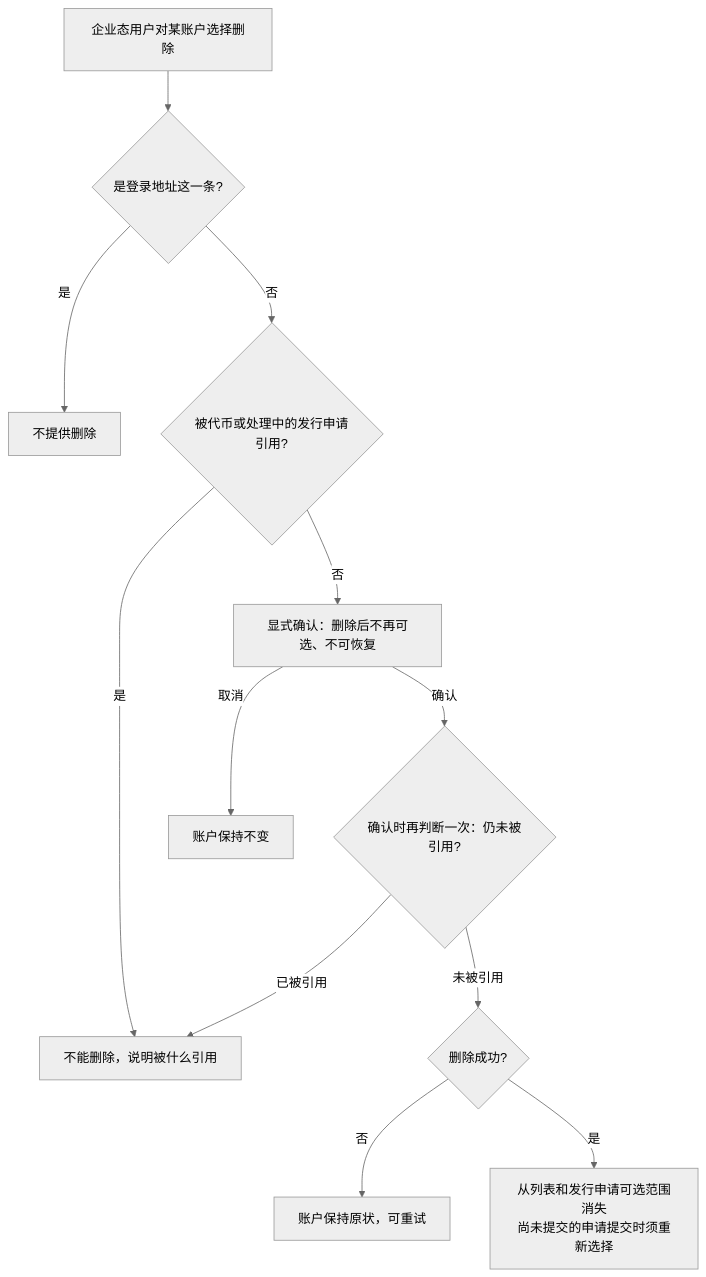
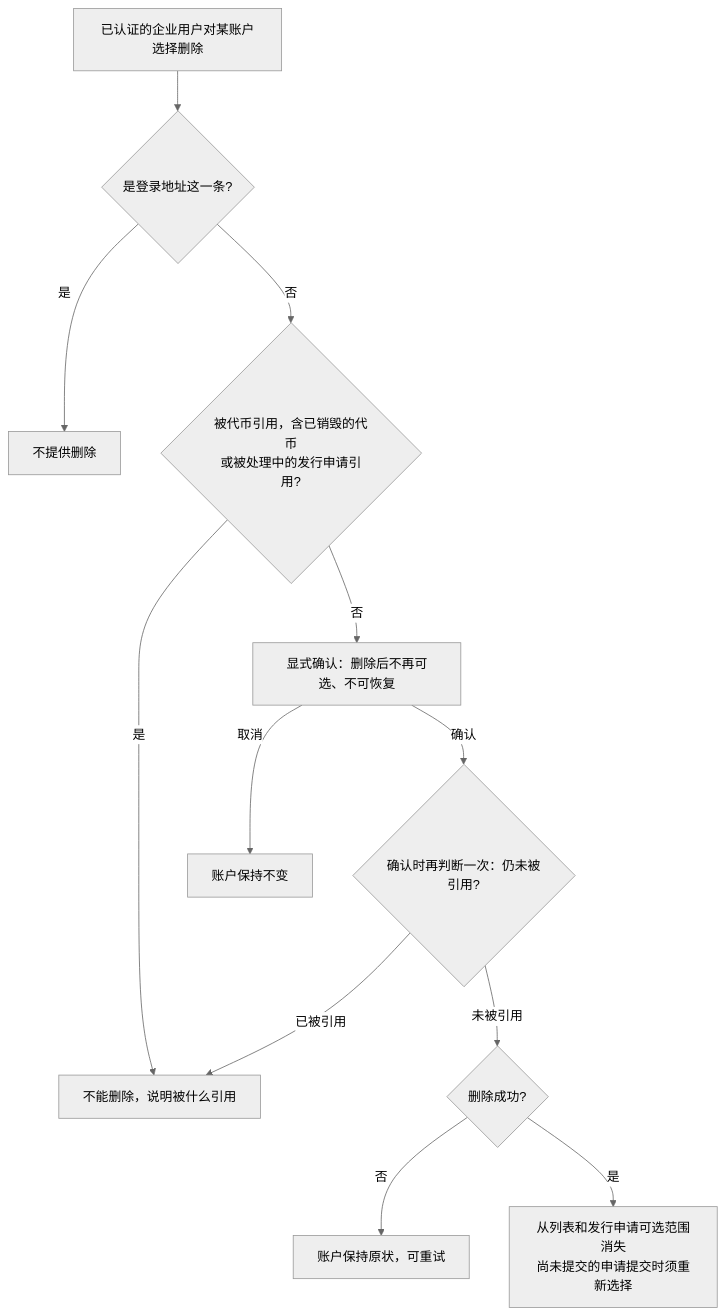
The fourth of 8 diagrams in token-issuance-platform/PRD/v1.0-企业登录与企业账户-流程图与状态机.md (wxblockchain/Chain-Financing), drawn with Mermaid (neutral theme) before and after one commit. The commit also changed other lines of this file and 2 other files, not shown here.

````diff
--- a/token-issuance-platform/PRD/v1.0-企业登录与企业账户-流程图与状态机.md
+++ b/token-issuance-platform/PRD/v1.0-企业登录与企业账户-流程图与状态机.md
@@ -91,14 +94,14 @@
 ```mermaid
 flowchart TD
-    A[企业态用户对某账户选择删除] --> B{是登录地址这一条?}
+    A[已认证的企业用户对某账户选择删除] --> B{是登录地址这一条?}
     B -->|是| B1[不提供删除]
-    B -->|否| C{被代币或处理中的发行申请引用?}
+    B -->|否| C{被代币引用，含已销毁的代币<br/>或被处理中的发行申请引用?}
     C -->|是| C1[不能删除，说明被什么引用]
     C -->|否| D[显式确认：删除后不再可选、不可恢复]
     D -->|取消| D1[账户保持不变]
     D -->|确认| E{确认时再判断一次：仍未被引用?}
     E -->|已被引用| C1
     E -->|未被引用| F{删除成功?}
     F -->|否| F1[账户保持原状，可重试]
     F -->|是| G[从列表和发行申请可选范围消失<br/>尚未提交的申请提交时须重新选择]
 ```
````
